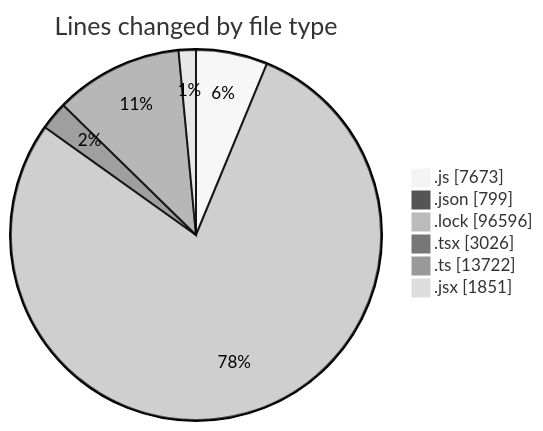
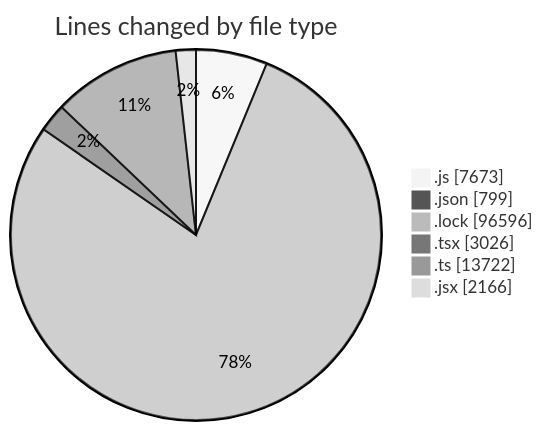
Before and after one commit to momahboobian/code-tracking: the first of 2 diagrams in 2025-12-18/cda/README.md, drawn with Mermaid (neutral theme). The commit also changed other lines of this file and 1 other file, not shown here.

````diff
--- a/2025-12-18/cda/README.md
+++ b/2025-12-18/cda/README.md
@@ -101,10 +102,10 @@
 ```mermaid
 pie showData
 title Lines changed by file type
 ".js" : 7673
 ".json" : 799
 ".lock" : 96596
 ".tsx" : 3026
 ".ts" : 13722
-".jsx" : 1851
+".jsx" : 2166
 ```
````
